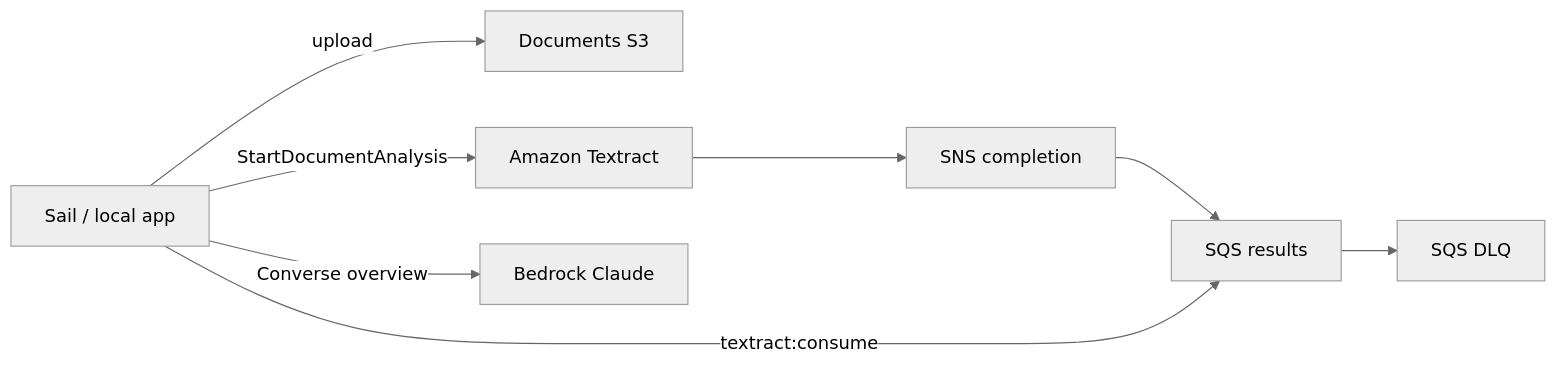
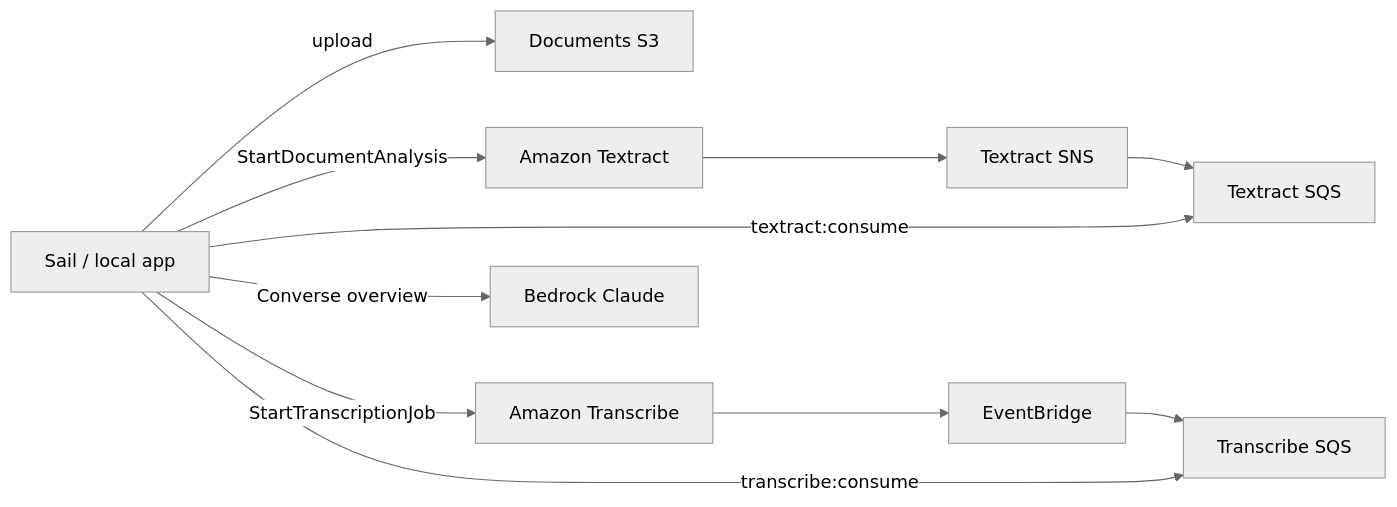
Before and after one commit to NielsvanHoof/kadans: the diagram in apps/platform/infra/README.md, drawn with Mermaid (neutral theme). The commit also changed other lines of this file and 53 other files, not shown here.

````diff
--- a/apps/platform/infra/README.md
+++ b/apps/platform/infra/README.md
@@ -17,10 +19,13 @@
 ```mermaid
 flowchart LR
   Sail[Sail / local app] -->|upload| S3[Documents S3]
   Sail -->|StartDocumentAnalysis| Textract[Amazon Textract]
-  Textract --> Topic[SNS completion]
-  Topic --> Queue[SQS results]
-  Sail -->|textract:consume| Queue
+  Textract --> TTopic[Textract SNS]
+  TTopic --> TQueue[Textract SQS]
+  Sail -->|textract:consume| TQueue
+  Sail -->|StartTranscriptionJob| Transcribe[Amazon Transcribe]
+  Transcribe --> EB[EventBridge]
+  EB --> AQueue[Transcribe SQS]
+  Sail -->|transcribe:consume| AQueue
   Sail -->|Converse overview| Bedrock[Bedrock Claude]
-  Queue --> DLQ[SQS DLQ]
 ```
````
